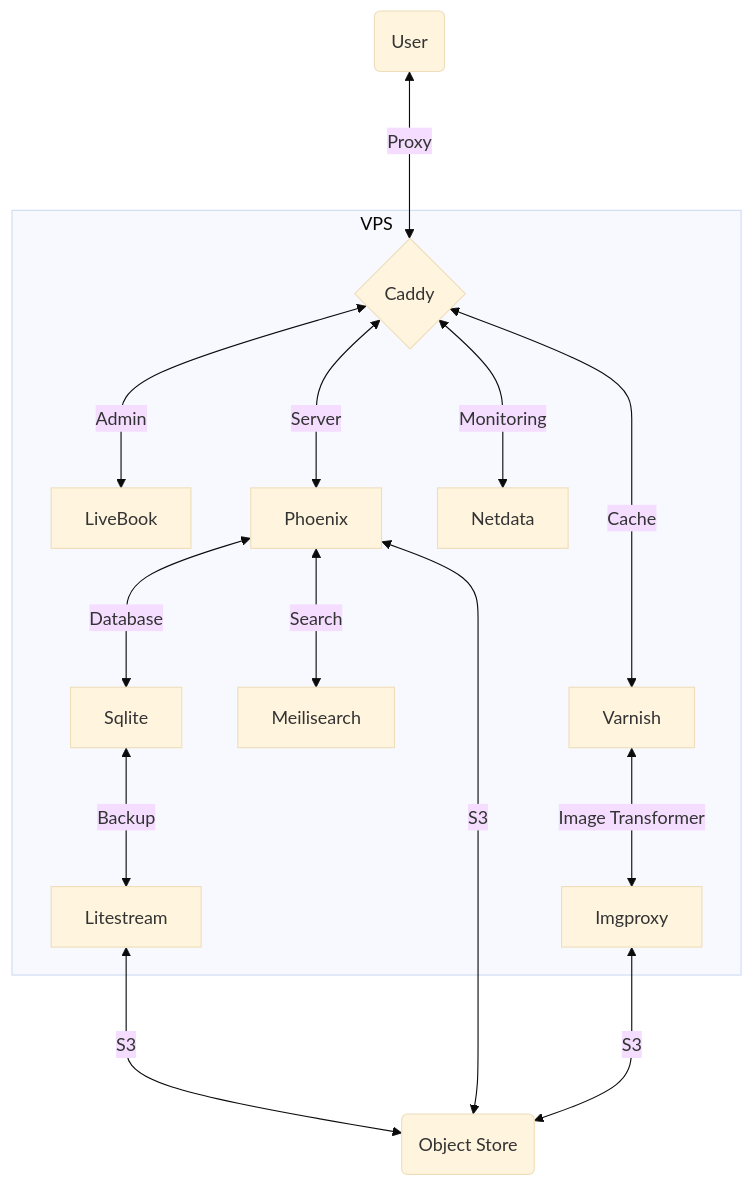
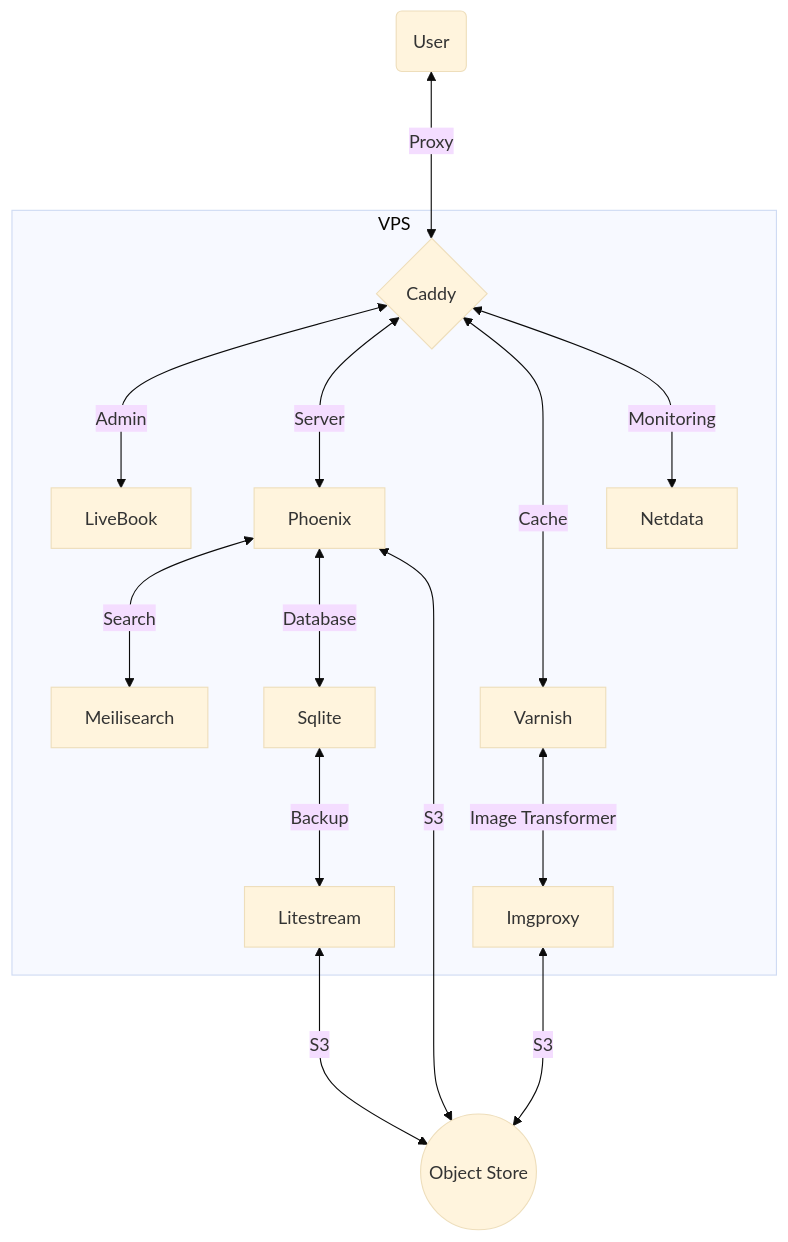
Before and after one commit to derpycoder/derpy_tools: the diagram in README.md, drawn with Mermaid (base theme). The commit also changed 1 other file, not shown here.

Commit message:
Architecture diagram change.

````diff
--- a/README.md
+++ b/README.md
@@ -36,20 +36,23 @@
 ```mermaid
 graph TD
 
 U(User) <---> |Proxy| C{Caddy}
 
 subgraph VPS
   C{Caddy} <---> |Admin| LiveBook
+  Phoenix <---> |Search| Meilisearch
+
   C{Caddy} <---> |Server| Phoenix
   Phoenix <---> |Database| Sqlite
   Sqlite <---> |Backup| Litestream
-  Phoenix <---> |Search| Meilisearch
-  C{Caddy} <---> |Monitoring| Netdata
+
   C{Caddy} <---> |Cache| Varnish
   Varnish <---> |Image Transformer| Imgproxy
+
+  C{Caddy} <---> |Monitoring| Netdata
 end
 
-Phoenix <---> |S3| S3(Object Store)
-Imgproxy <---> |S3| S3(Object Store)
-Litestream <---> |S3| S3(Object Store)
+Phoenix <---> |S3| S3((Object Store))
+Imgproxy <---> |S3| S3((Object Store))
+Litestream <---> |S3| S3((Object Store))
 ```
````
